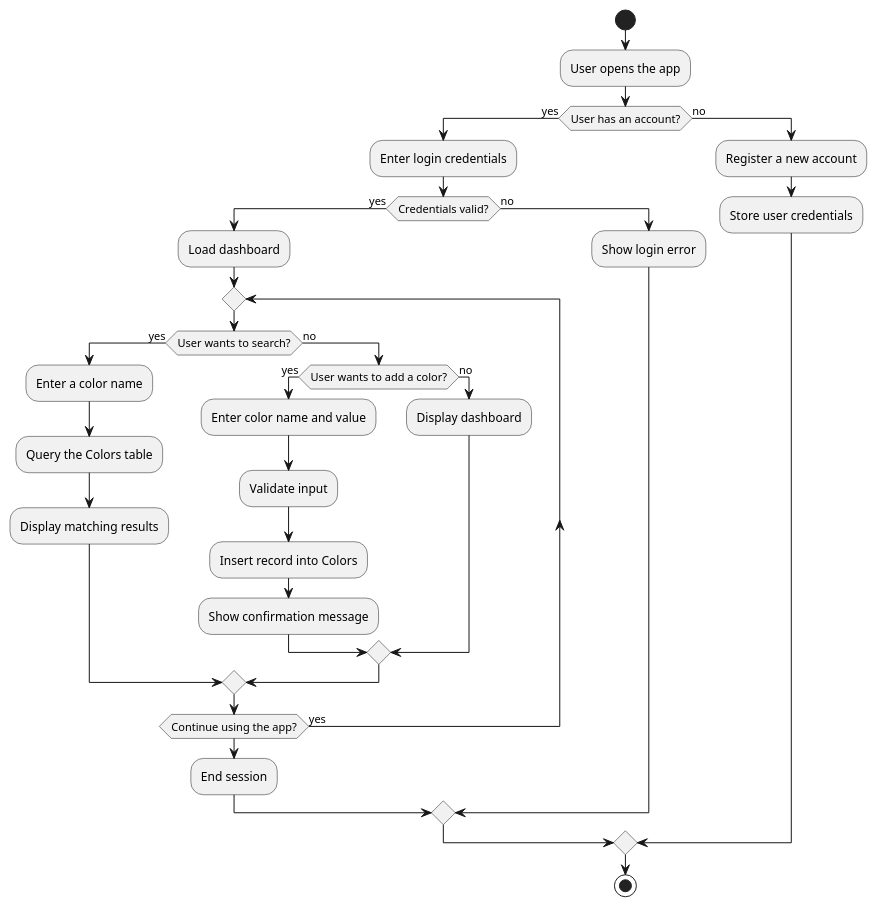
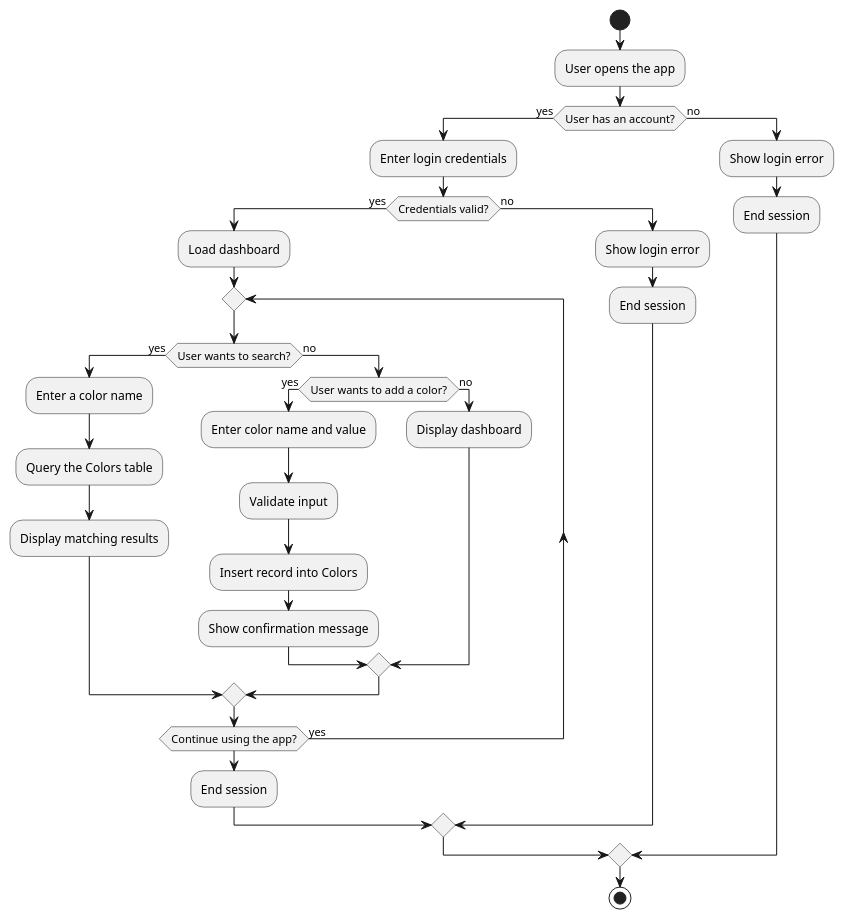
One commit to dangdatbrandon/LAMP-Practice changed the diagram in docs/uml/activity.puml. Above: the diagram before and after it, drawn with PlantUML. The commit also changed 3 other files, not shown here.

Commit message:
updated UML

```diff
--- a/docs/uml/activity.puml
+++ b/docs/uml/activity.puml
@@ -1,33 +1,34 @@
 @startuml
 start
 :User opens the app;
 if (User has an account?) then (yes)
   :Enter login credentials;
   if (Credentials valid?) then (yes)
     :Load dashboard;
     repeat
       if (User wants to search?) then (yes)
         :Enter a color name;
         :Query the Colors table;
         :Display matching results;
       else (no)
         if (User wants to add a color?) then (yes)
           :Enter color name and value;
           :Validate input;
           :Insert record into Colors;
           :Show confirmation message;
         else (no)
           :Display dashboard;
         endif
       endif
     repeat while (Continue using the app?) is (yes)
     :End session;
   else (no)
     :Show login error;
+    :End session;
   endif
 else (no)
-  :Register a new account;
-  :Store user credentials;
+  :Show login error;
+  :End session;
 endif
 stop
 @enduml
```
